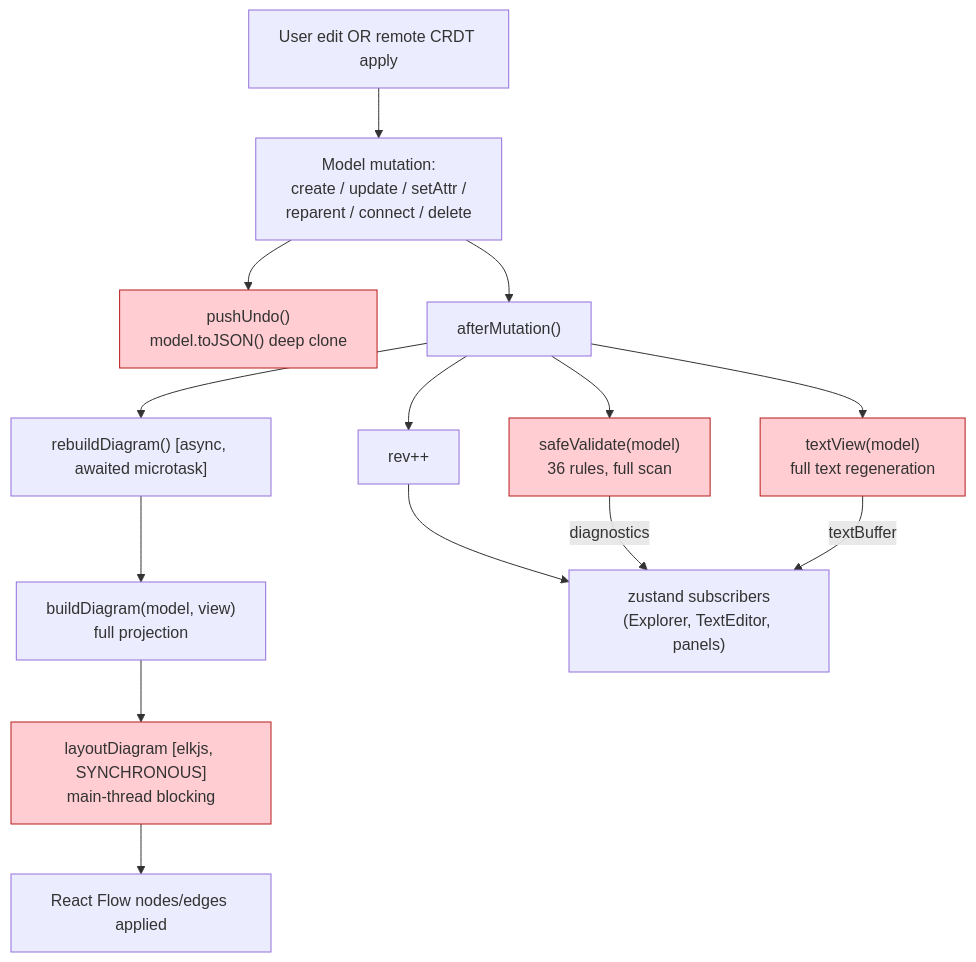
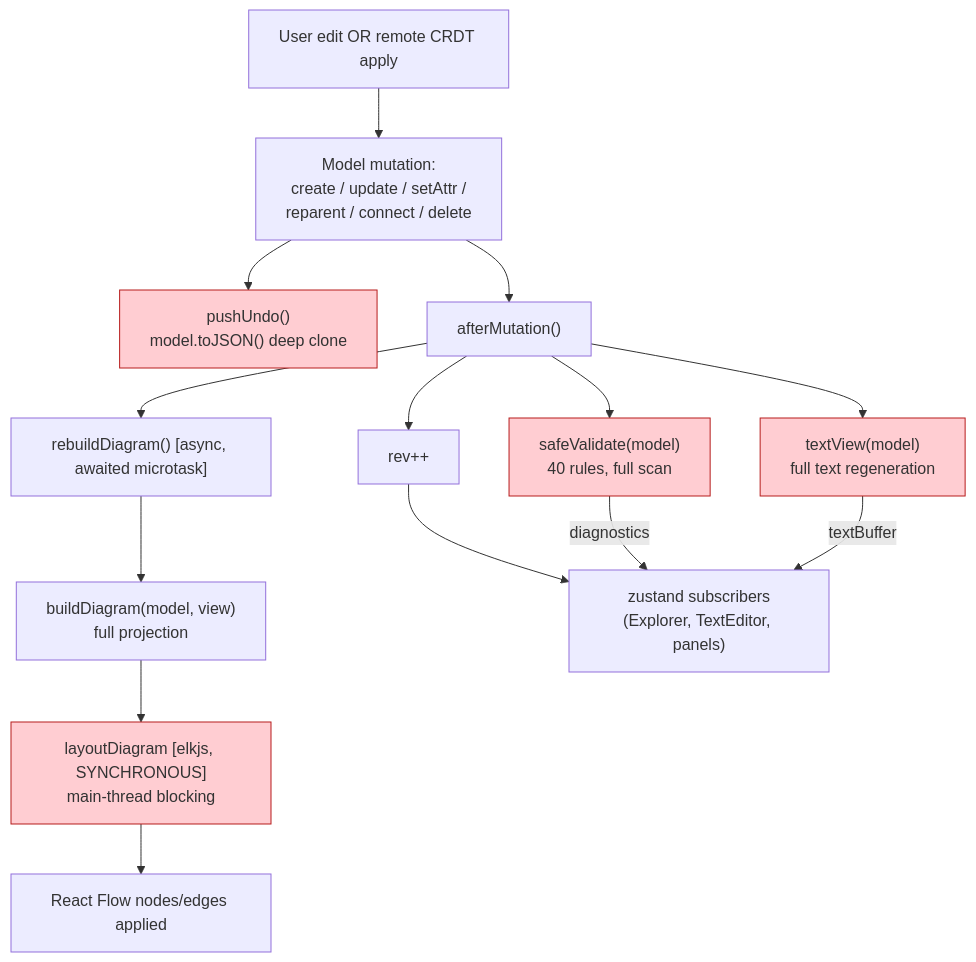
The third of 7 diagrams in docs/architecture/05-data-flow.md (cosmindxu/sysprose), drawn with Mermaid before and after one commit. The commit also changed 18 other files, not shown here.

````diff
--- a/docs/architecture/05-data-flow.md
+++ b/docs/architecture/05-data-flow.md
@@ -98,32 +98,32 @@
 ```mermaid
 flowchart TB
     trigger["User edit OR remote CRDT apply"]
     op["Model mutation:\ncreate / update / setAttr /\nreparent / connect / delete"]
     pushUndo["pushUndo()\nmodel.toJSON() deep clone"]
     afterMut["afterMutation()"]
-    validate["safeValidate(model)\n36 rules, full scan"]
+    validate["safeValidate(model)\n40 rules, full scan"]
     serialize["textView(model)\nfull text regeneration"]
     bump["rev++"]
     rebuild["rebuildDiagram() [async, awaited microtask]"]
     build["buildDiagram(model, view)\nfull projection"]
     layout["layoutDiagram [elkjs, SYNCHRONOUS]\nmain-thread blocking"]
     apply["React Flow nodes/edges applied"]
     listeners[" zustand subscribers\n(Explorer, TextEditor, panels)"]
 
     trigger --> op
     op --> pushUndo
     op --> afterMut
     afterMut --> validate
     afterMut --> serialize
     afterMut --> bump
     afterMut --> rebuild
     rebuild --> build
     build --> layout
     layout --> apply
     bump --> listeners
     validate -->|diagnostics| listeners
     serialize -->|textBuffer| listeners
 
     classDef hot fill:#ffcdd2,stroke:#b71c1c
     class validate,serialize,layout,pushUndo hot
 ```
````
